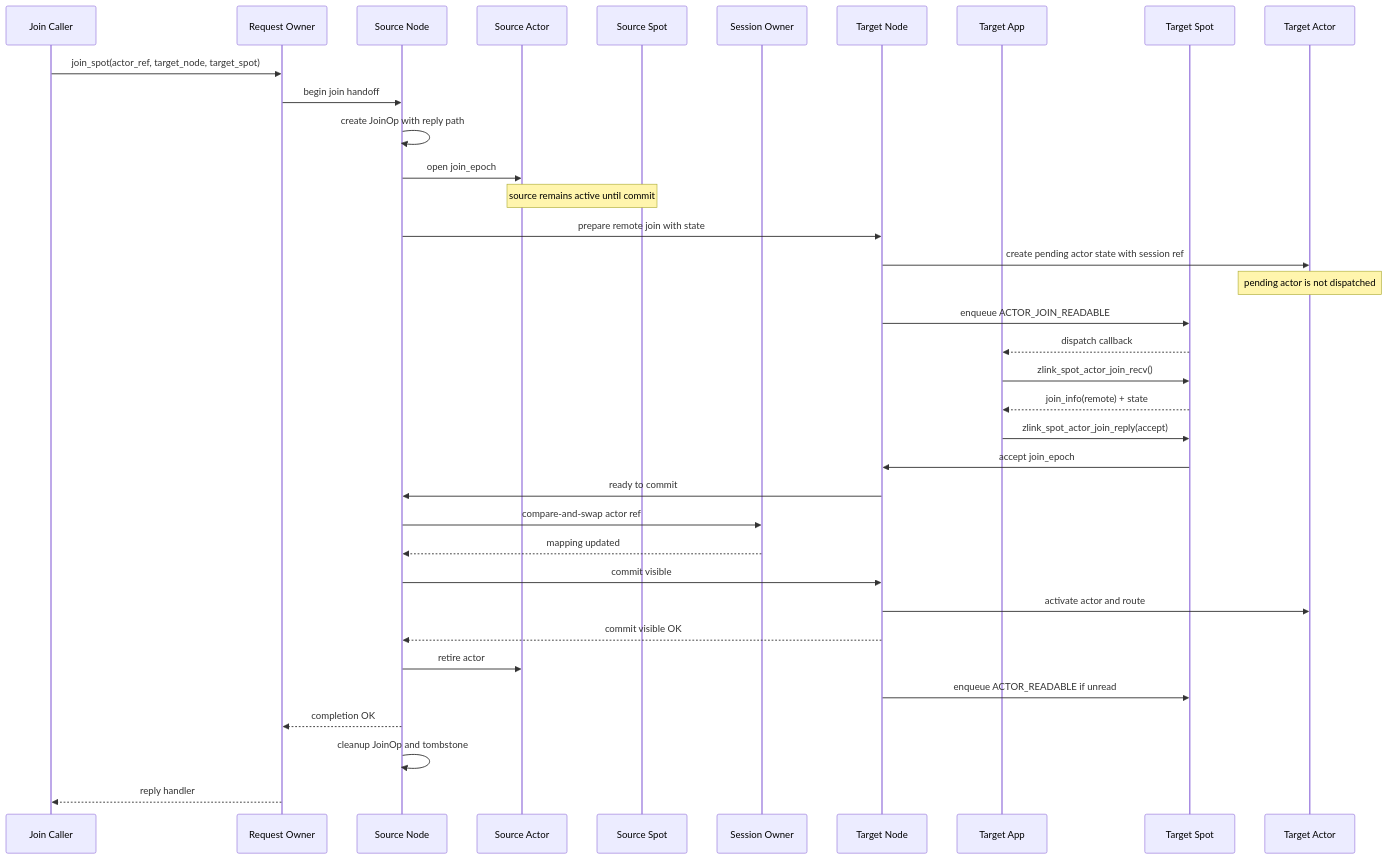
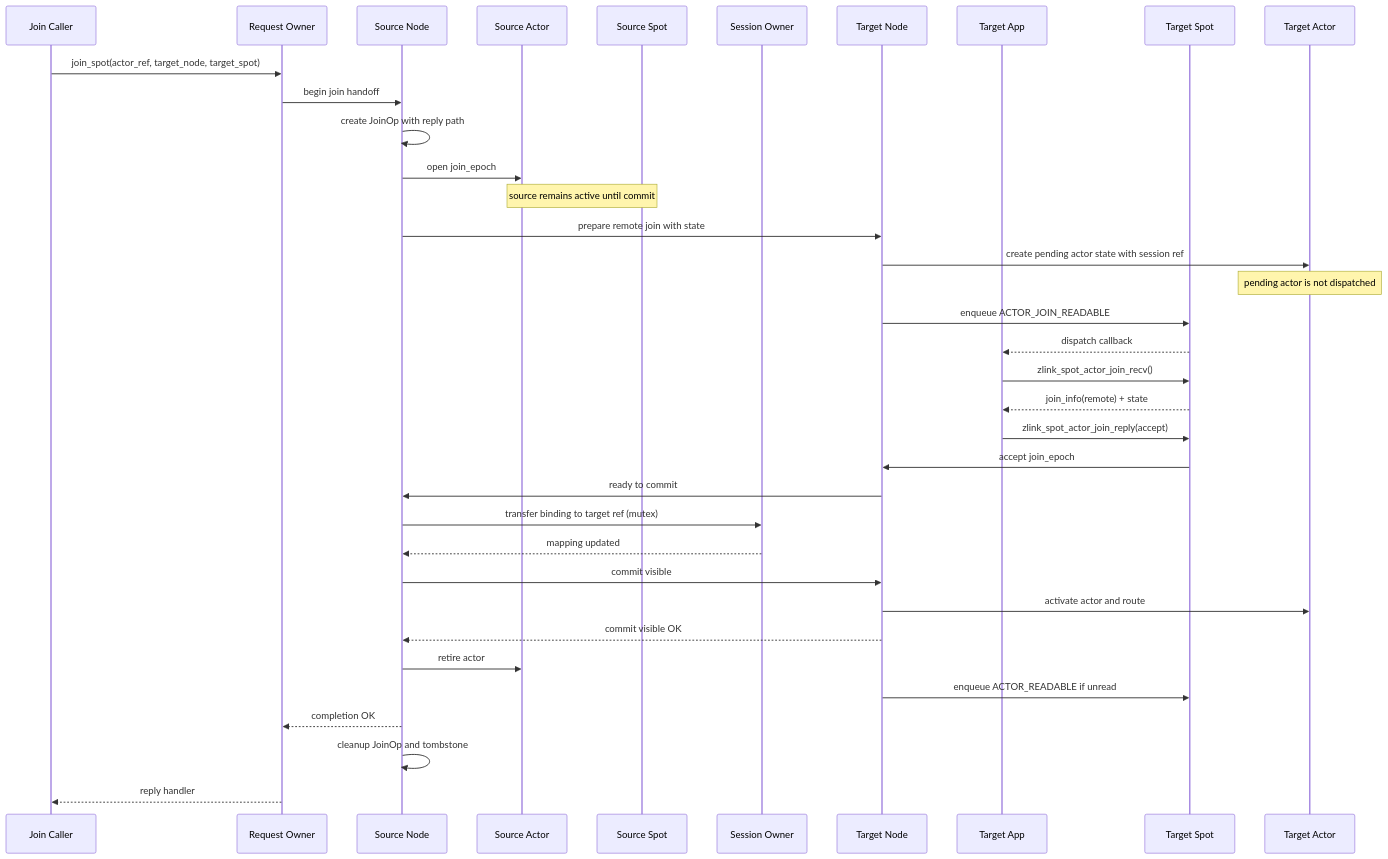
One commit to kairos-code-dev/zlink changed diagram 12 of 12 in doc/site/docs/internals/spot-internals.ko.md. Above: the diagram before and after it, drawn with Mermaid. The commit also changed other lines of this file and 82 other files, not shown here.

````diff
--- a/doc/site/docs/internals/spot-internals.ko.md
+++ b/doc/site/docs/internals/spot-internals.ko.md
@@ -1059,39 +1070,39 @@
 ```mermaid
 sequenceDiagram
   participant Caller as Join Caller
   participant CallerNode as Request Owner
   participant SourceNode as Source Node
   participant SourceActor as Source Actor
   participant SourceSpot as Source Spot
   participant SessionNode as Session Owner
   participant TargetNode as Target Node
   participant TargetApp as Target App
   participant TargetSpot as Target Spot
   participant TargetActor as Target Actor
 
   Caller->>CallerNode: join_spot(actor_ref, target_node, target_spot)
   CallerNode->>SourceNode: begin join handoff
   SourceNode->>SourceNode: create JoinOp with reply path
   SourceNode->>SourceActor: open join_epoch
   Note over SourceActor,SourceSpot: source remains active until commit
   SourceNode->>TargetNode: prepare remote join with state
   TargetNode->>TargetActor: create pending actor state with session ref
   Note over TargetActor: pending actor is not dispatched
   TargetNode->>TargetSpot: enqueue ACTOR_JOIN_READABLE
   TargetSpot-->>TargetApp: dispatch callback
   TargetApp->>TargetSpot: zlink_spot_actor_join_recv()
   TargetSpot-->>TargetApp: join_info(remote) + state
   TargetApp->>TargetSpot: zlink_spot_actor_join_reply(accept)
   TargetSpot->>TargetNode: accept join_epoch
   TargetNode->>SourceNode: ready to commit
-  SourceNode->>SessionNode: compare-and-swap actor ref
+  SourceNode->>SessionNode: transfer binding to target ref (mutex)
   SessionNode-->>SourceNode: mapping updated
   SourceNode->>TargetNode: commit visible
   TargetNode->>TargetActor: activate actor and route
   TargetNode-->>SourceNode: commit visible OK
   SourceNode->>SourceActor: retire actor
   TargetNode->>TargetSpot: enqueue ACTOR_READABLE if unread
   SourceNode-->>CallerNode: completion OK
   SourceNode->>SourceNode: cleanup JoinOp and tombstone
   CallerNode-->>Caller: reply handler
 ```
````
